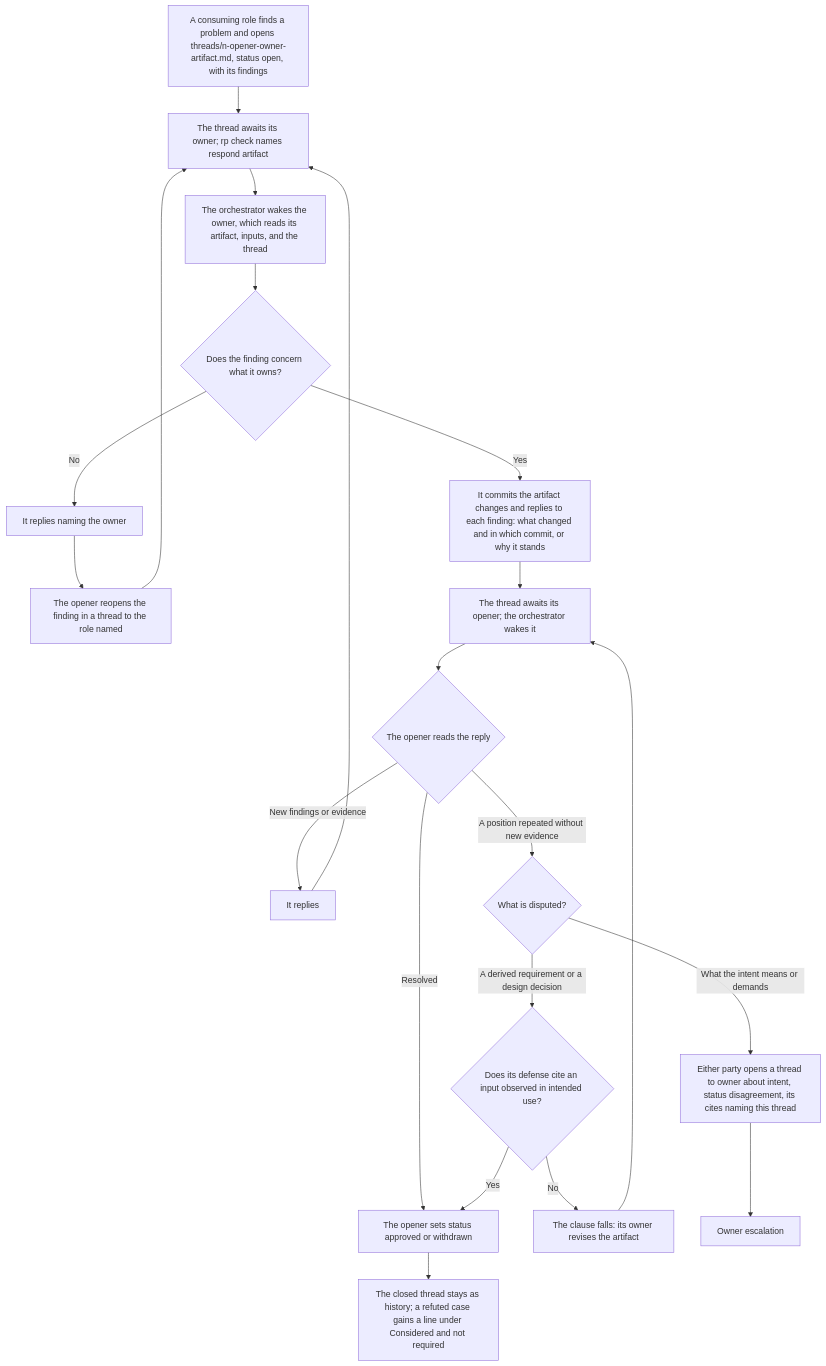
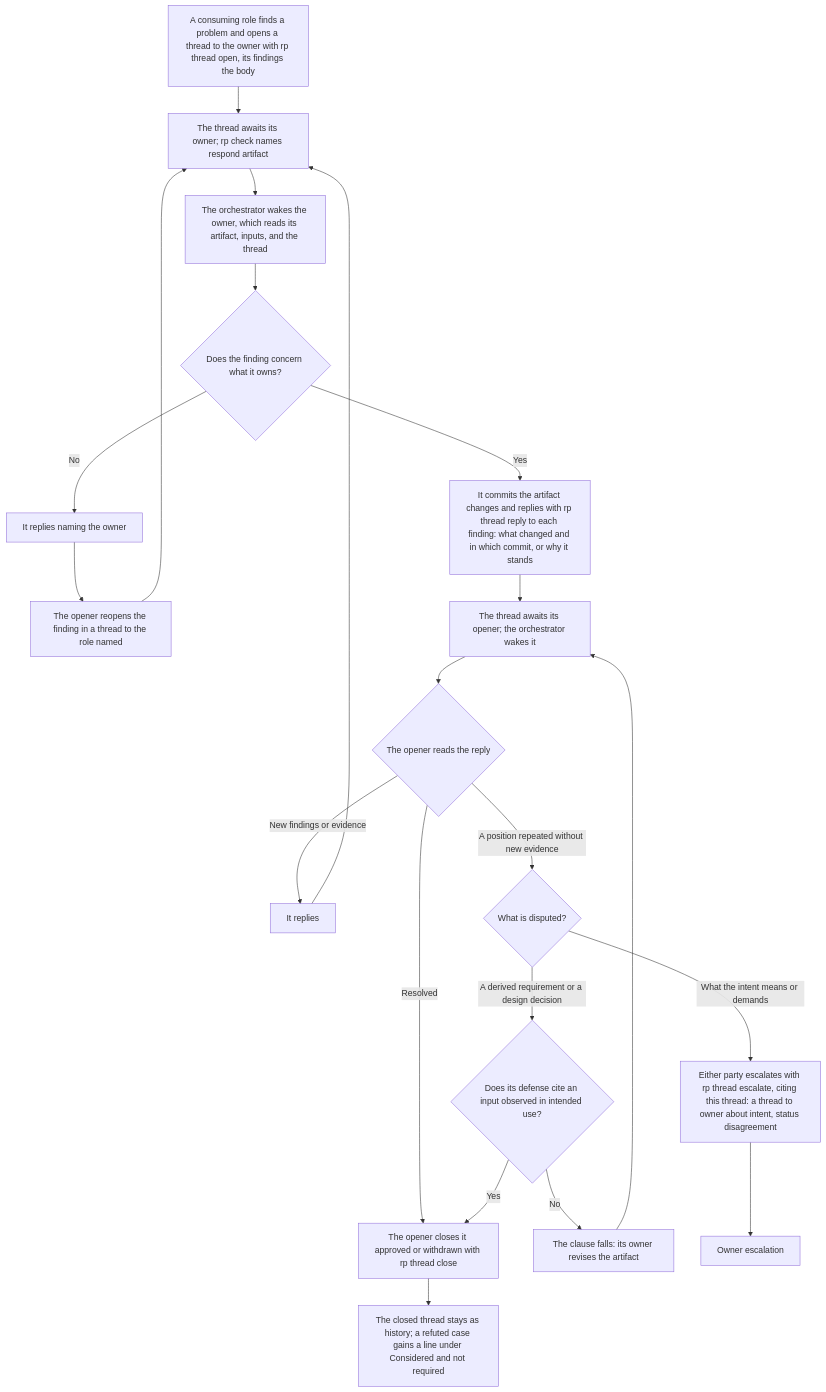
One commit to Automattic/radical-pipelines changed the diagram in docs/flowcharts/threads.md. Above: the diagram before and after it, drawn with Mermaid. The commit also changed 7 other files, not shown here.

Commit message:
Document rp thread, rp validate, and the command each assignment states (implementer)

````diff
--- a/docs/flowcharts/threads.md
+++ b/docs/flowcharts/threads.md
@@ -5,23 +5,23 @@
 ```mermaid
 flowchart TD
-    OPEN["A consuming role finds a problem and opens threads/n-opener-owner-artifact.md, status open, with its findings"] --> AW1["The thread awaits its owner; rp check names respond artifact"]
+    OPEN["A consuming role finds a problem and opens a thread to the owner with rp thread open, its findings the body"] --> AW1["The thread awaits its owner; rp check names respond artifact"]
     AW1 --> OWNER["The orchestrator wakes the owner, which reads its artifact, inputs, and the thread"]
     OWNER --> OWNS{"Does the finding concern what it owns?"}
     OWNS -->|No| NAME["It replies naming the owner"]
     NAME --> REOPEN["The opener reopens the finding in a thread to the role named"]
     REOPEN --> AW1
-    OWNS -->|Yes| ANSWER["It commits the artifact changes and replies to each finding: what changed and in which commit, or why it stands"]
+    OWNS -->|Yes| ANSWER["It commits the artifact changes and replies with rp thread reply to each finding: what changed and in which commit, or why it stands"]
     ANSWER --> AW2["The thread awaits its opener; the orchestrator wakes it"]
     AW2 --> READ{"The opener reads the reply"}
-    READ -->|Resolved| CLOSED["The opener sets status approved or withdrawn"]
+    READ -->|Resolved| CLOSED["The opener closes it approved or withdrawn with rp thread close"]
     READ -->|New findings or evidence| AGAIN["It replies"]
     AGAIN --> AW1
     READ -->|A position repeated without new evidence| DIS{"What is disputed?"}
     DIS -->|A derived requirement or a design decision| OBS{"Does its defense cite an input observed in intended use?"}
     OBS -->|Yes| CLOSED
     OBS -->|No| REVISE["The clause falls: its owner revises the artifact"]
     REVISE --> AW2
-    DIS -->|What the intent means or demands| ESC["Either party opens a thread to owner about intent, status disagreement, its cites naming this thread"]
+    DIS -->|What the intent means or demands| ESC["Either party escalates with rp thread escalate, citing this thread: a thread to owner about intent, status disagreement"]
     ESC --> OE["Owner escalation"]
     CLOSED --> HIST["The closed thread stays as history; a refuted case gains a line under Considered and not required"]
 ```
````
